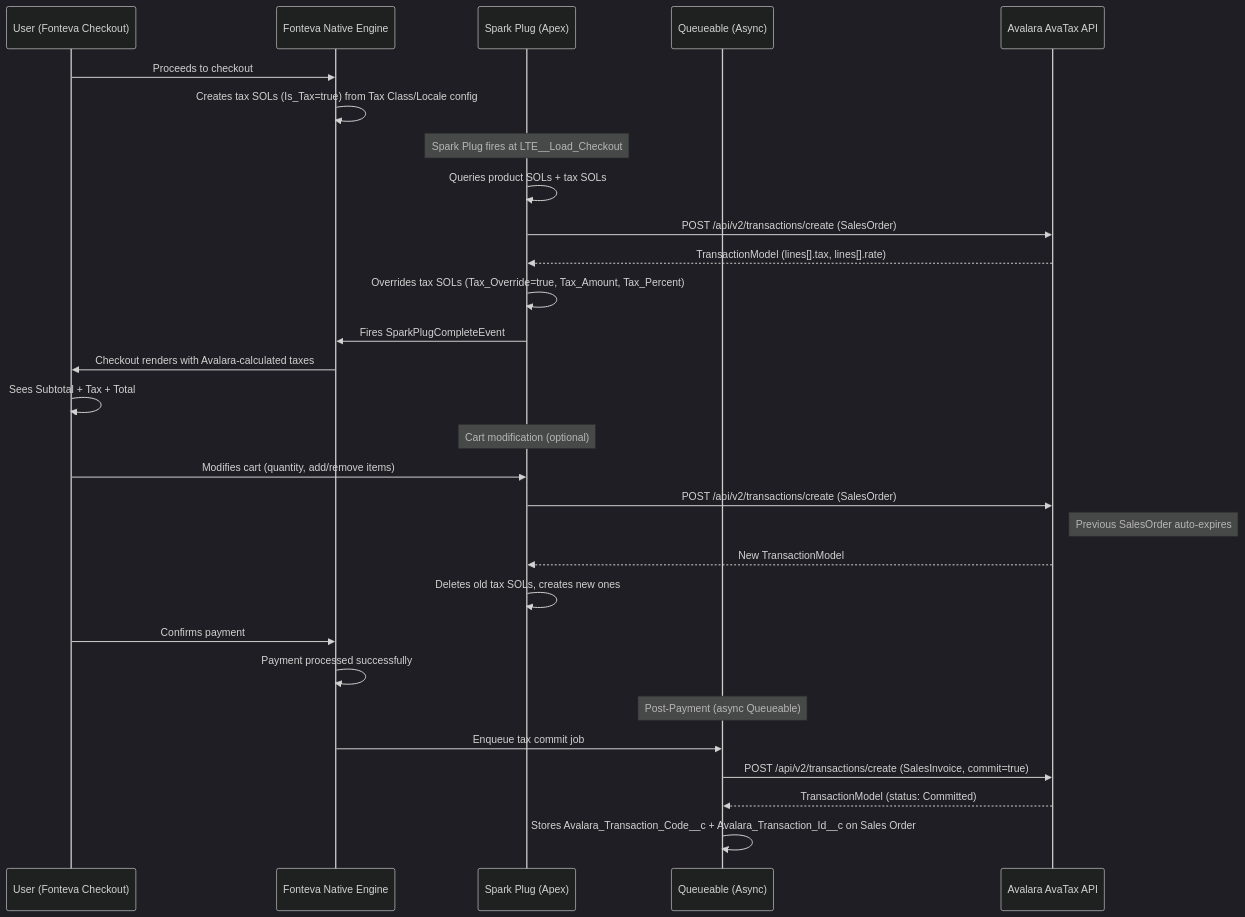
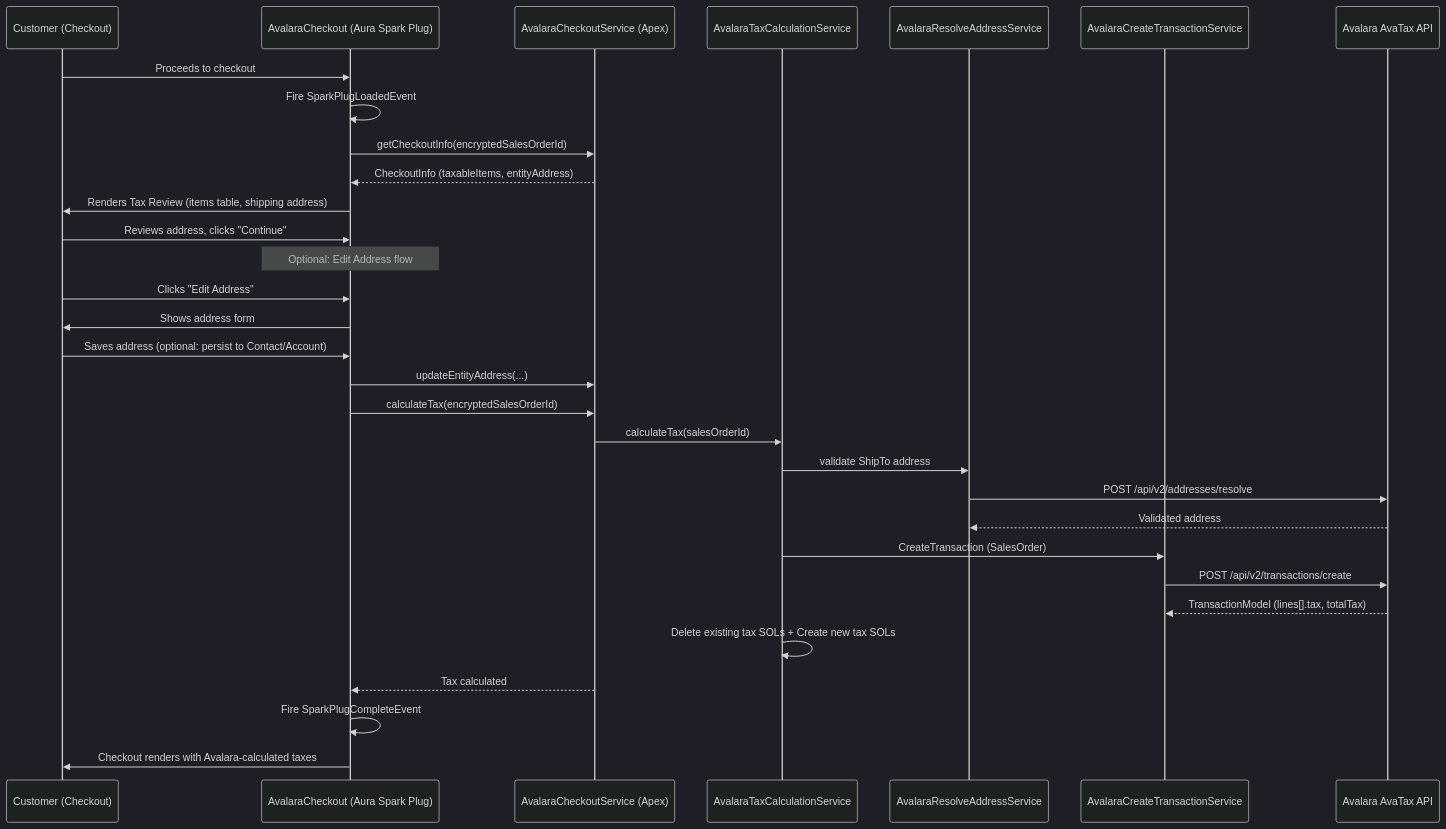
Before and after one commit to OrchidConnectAdmin/TCH_ORCHID: the first of 4 diagrams in Avalara/Analysis/avalara-api-integration-plan.md, drawn with Mermaid (dark theme). The commit also changed other lines of this file and 32 other files, not shown here.

````diff
--- a/Avalara/Analysis/avalara-api-integration-plan.md
+++ b/Avalara/Analysis/avalara-api-integration-plan.md
@@ -258,37 +135,37 @@
 ```mermaid
 sequenceDiagram
-    participant U as User (Fonteva Checkout)
-    participant FN as Fonteva Native Engine
-    participant SP as Spark Plug (Apex)
-    participant Q as Queueable (Async)
+    participant U as Customer (Checkout)
+    participant SP as AvalaraCheckout (Aura Spark Plug)
+    participant CS as AvalaraCheckoutService (Apex)
+    participant TC as AvalaraTaxCalculationService
+    participant RA as AvalaraResolveAddressService
+    participant CT as AvalaraCreateTransactionService
     participant AV as Avalara AvaTax API
 
-    U->>FN: Proceeds to checkout
-    FN->>FN: Creates tax SOLs (Is_Tax=true) from Tax Class/Locale config
+    U->>SP: Proceeds to checkout
+    SP->>SP: Fire SparkPlugLoadedEvent
+    SP->>CS: getCheckoutInfo(encryptedSalesOrderId)
+    CS-->>SP: CheckoutInfo (taxableItems, entityAddress)
 
-    Note over SP: Spark Plug fires at LTE__Load_Checkout
-    SP->>SP: Queries product SOLs + tax SOLs
-    SP->>AV: POST /api/v2/transactions/create (SalesOrder)
-    AV-->>SP: TransactionModel (lines[].tax, lines[].rate)
-    SP->>SP: Overrides tax SOLs (Tax_Override=true, Tax_Amount, Tax_Percent)
-    SP->>FN: Fires SparkPlugCompleteEvent
+    SP->>U: Renders Tax Review (items table, shipping address)
+    U->>SP: Reviews address, clicks "Continue"
 
-    FN->>U: Checkout renders with Avalara-calculated taxes
-    U->>U: Sees Subtotal + Tax + Total
+    Note over SP: Optional: Edit Address flow
+    U->>SP: Clicks "Edit Address"
+    SP->>U: Shows address form
+    U->>SP: Saves address (optional: persist to Contact/Account)
+    SP->>CS: updateEntityAddress(...)
 
-    Note over SP: Cart modification (optional)
-    U->>SP: Modifies cart (quantity, add/remove items)
-    SP->>AV: POST /api/v2/transactions/create (SalesOrder)
-    Note right of AV: Previous SalesOrder auto-expires
-    AV-->>SP: New TransactionModel
-    SP->>SP: Deletes old tax SOLs, creates new ones
-
-    U->>FN: Confirms payment
-    FN->>FN: Payment processed successfully
-
-    Note over Q: Post-Payment (async Queueable)
-    FN->>Q: Enqueue tax commit job
-    Q->>AV: POST /api/v2/transactions/create (SalesInvoice, commit=true)
-    AV-->>Q: TransactionModel (status: Committed)
-    Q->>Q: Stores Avalara_Transaction_Code__c + Avalara_Transaction_Id__c on Sales Order
+    SP->>CS: calculateTax(encryptedSalesOrderId)
+    CS->>TC: calculateTax(salesOrderId)
+    TC->>RA: validate ShipTo address
+    RA->>AV: POST /api/v2/addresses/resolve
+    AV-->>RA: Validated address
+    TC->>CT: CreateTransaction (SalesOrder)
+    CT->>AV: POST /api/v2/transactions/create
+    AV-->>CT: TransactionModel (lines[].tax, totalTax)
+    TC->>TC: Delete existing tax SOLs + Create new tax SOLs
+    CS-->>SP: Tax calculated
+    SP->>SP: Fire SparkPlugCompleteEvent
+    SP->>U: Checkout renders with Avalara-calculated taxes
 ```
````
